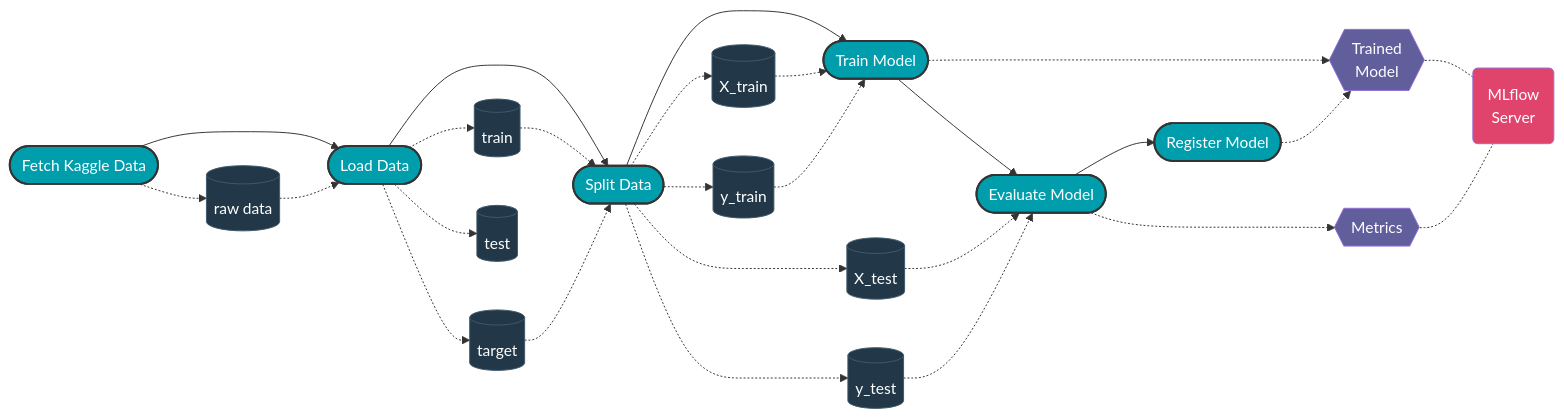
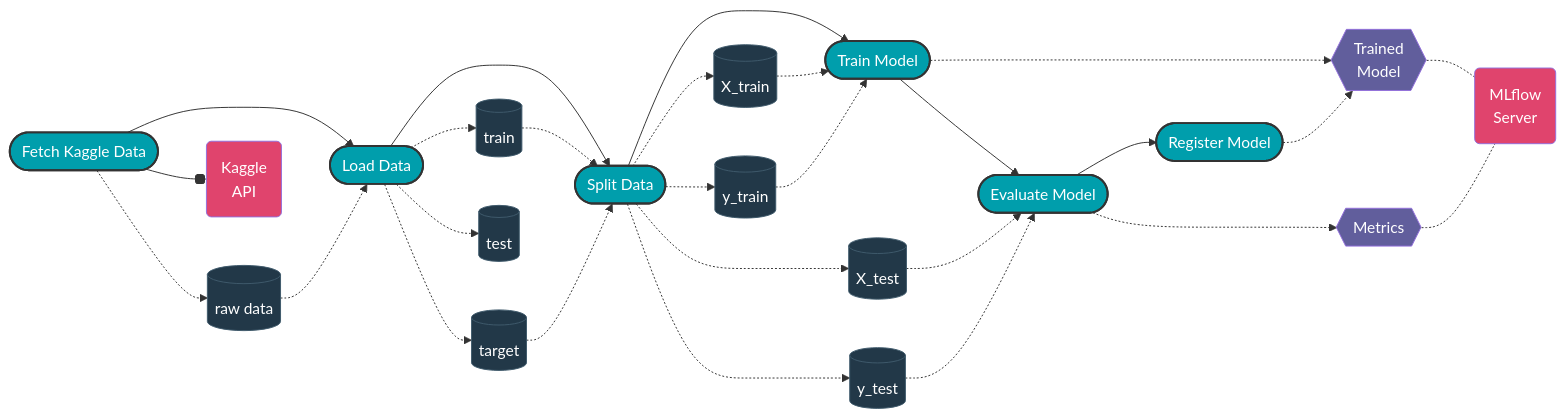
One commit to jordandelbar/titanic-kaggle changed the diagram in README.md. Above: the diagram before and after it, drawn with Mermaid. The commit also changed other lines of this file and 17 other files, not shown here.

````diff
--- a/README.md
+++ b/README.md
@@ -37,6 +37,7 @@
 metrics{{Metrics}}
 
 %% Server definitions
+kaggle(Kaggle<br>API)
 mlflow(MLflow<br>Server)
 
 %% Flow relationships
@@ -70,6 +71,7 @@
 
 trained_model -.- mlflow
 metrics -.- mlflow
+fetch_data_kaggle --o kaggle
 
 %% Color definitions
 classDef step fill:#009EAC,stroke:#333,stroke-width:2px,color:#fff;
@@ -103,4 +105,5 @@
 
     %% Server
     class mlflow server
+    class kaggle server
 ```
````
